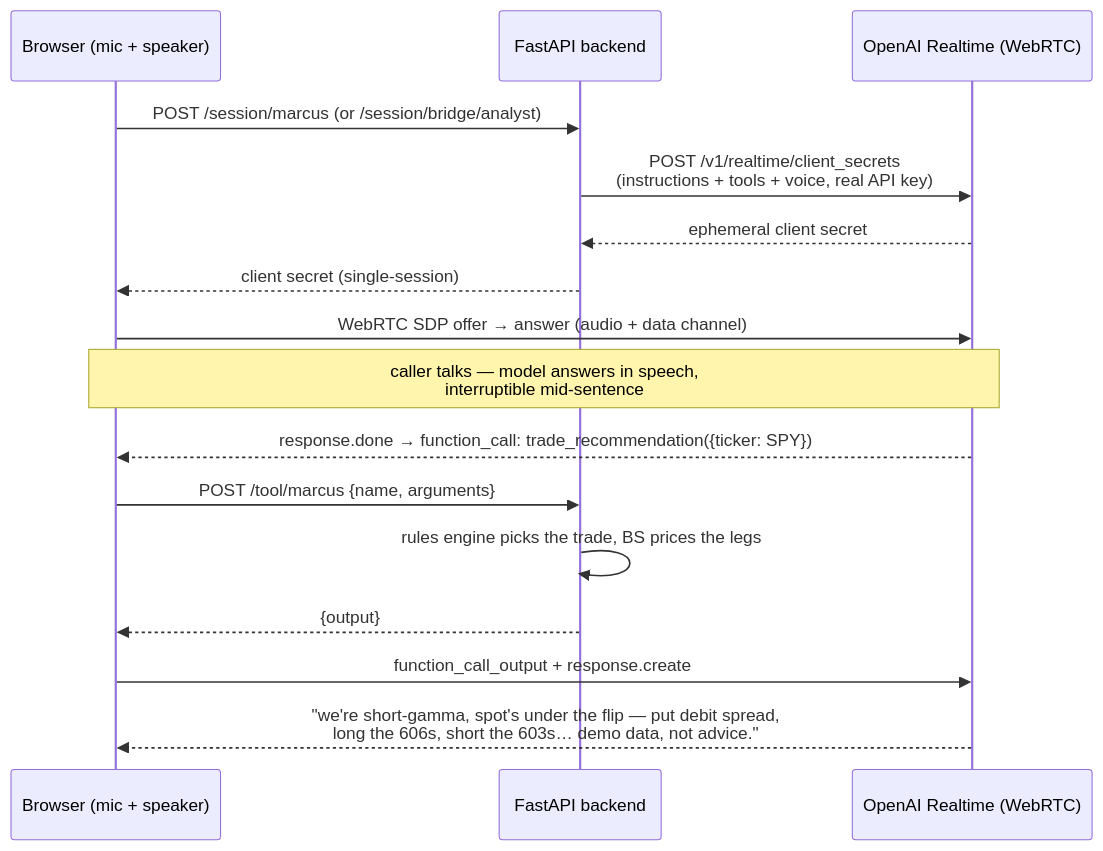
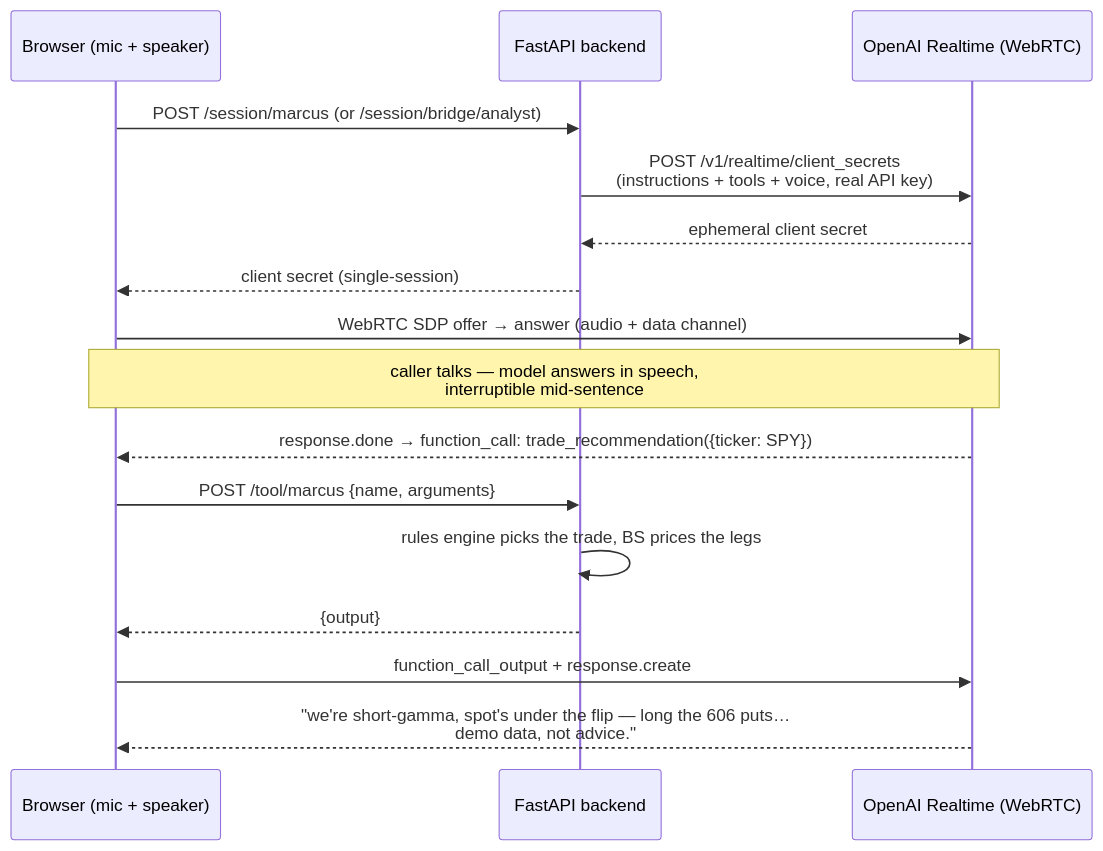
The diagram in agents/06_voice/README.md (igorfyago/ai-trading-desk), drawn with Mermaid before and after one commit. The commit also changed other lines of this file and 1 other file, not shown here.

````diff
--- a/agents/06_voice/README.md
+++ b/agents/06_voice/README.md
@@ -19,18 +19,18 @@
 ```mermaid
 sequenceDiagram
     participant B as Browser (mic + speaker)
     participant S as FastAPI backend
     participant O as OpenAI Realtime (WebRTC)
     B->>S: POST /session/marcus  (or /session/bridge/analyst)
     S->>O: POST /v1/realtime/client_secrets<br/>(instructions + tools + voice, real API key)
     O-->>S: ephemeral client secret
     S-->>B: client secret (single-session)
     B->>O: WebRTC SDP offer → answer (audio + data channel)
     Note over B,O: caller talks — model answers in speech,<br/>interruptible mid-sentence
     O-->>B: response.done → function_call: trade_recommendation({ticker: SPY})
     B->>S: POST /tool/marcus {name, arguments}
     S->>S: rules engine picks the trade, BS prices the legs
     S-->>B: {output}
     B->>O: function_call_output + response.create
-    O-->>B: "we're short-gamma, spot's under the flip — put debit spread,<br/>long the 606s, short the 603s… demo data, not advice."
+    O-->>B: "we're short-gamma, spot's under the flip — long the 606 puts…<br/>demo data, not advice."
 ```
````
